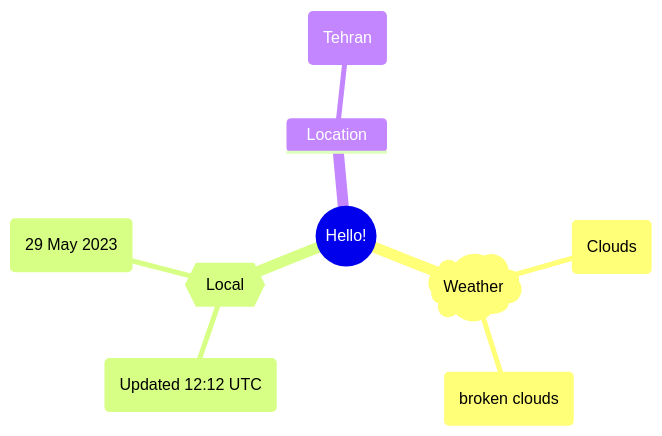
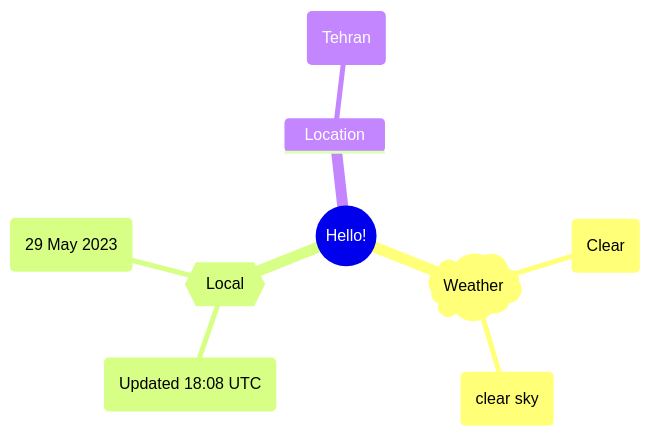
The first of 2 diagrams in README.md (Xosrov/Xosrov), drawn with Mermaid before and after one commit.

Commit message:
[bot] updated images

````diff
--- a/README.md
+++ b/README.md
@@ -3,12 +3,12 @@
 ```mermaid
 mindmap
   root((Hello!))
     )Weather(
-        (Clouds)
-        (broken clouds)
+        (Clear)
+        (clear sky)
     {{Local}}
-        (Updated 12:12 UTC)
+        (Updated 18:08 UTC)
         (29 May 2023)
     Location
         (Tehran)
 ```
````
